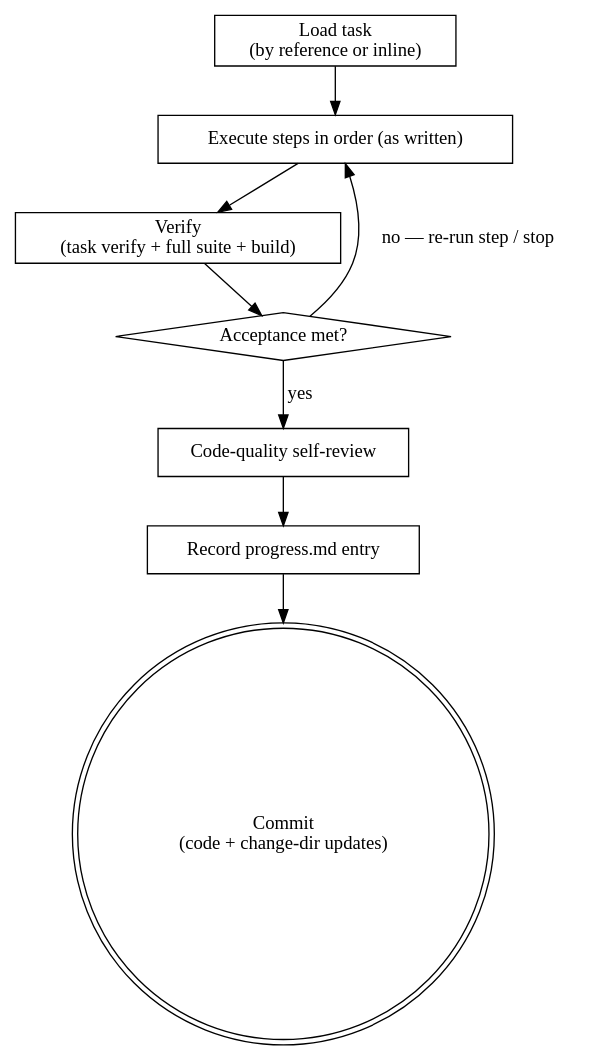
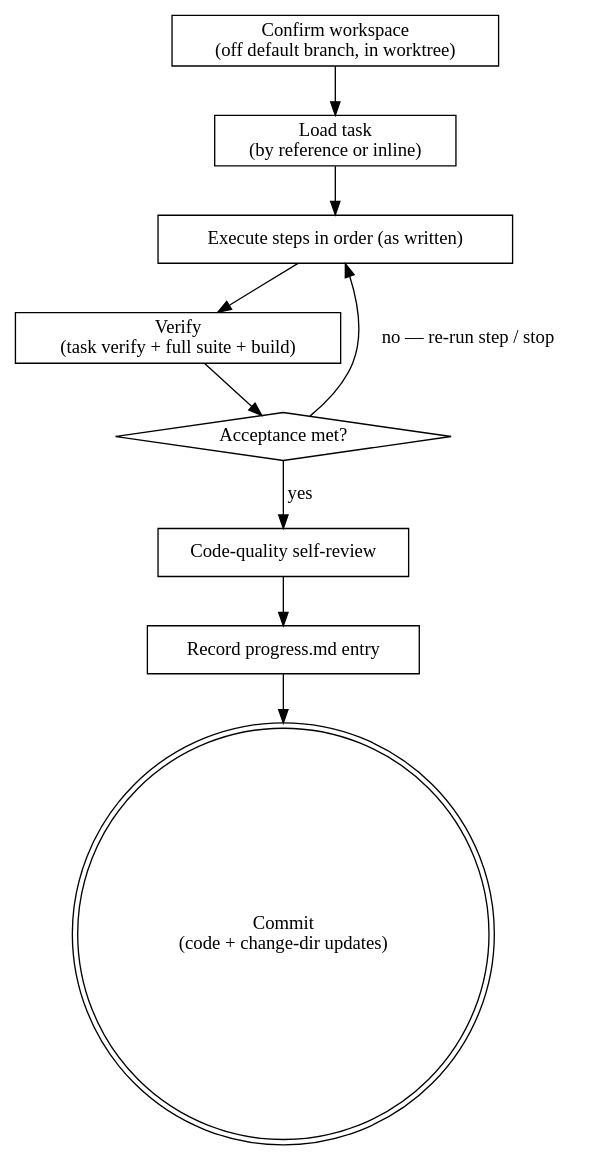
One commit to caiorcferreira/hamilton changed the diagram in skills/hamilton-code/SKILL.md. Above: the diagram before and after it, drawn with Graphviz. The commit also changed other lines of this file, not shown here.

First line of the commit message:
feat(code): confirm the workspace before implementing

````diff
--- a/skills/hamilton-code/SKILL.md
+++ b/skills/hamilton-code/SKILL.md
@@ -119,19 +122,21 @@
 ```dot
 digraph hamilton_code {
+    "Confirm workspace\n(off default branch, in worktree)" [shape=box];
     "Load task\n(by reference or inline)" [shape=box];
     "Execute steps in order (as written)" [shape=box];
     "Verify\n(task verify + full suite + build)" [shape=box];
     "Acceptance met?" [shape=diamond];
     "Code-quality self-review" [shape=box];
     "Record progress.md entry" [shape=box];
     "Commit\n(code + change-dir updates)" [shape=doublecircle];
 
+    "Confirm workspace\n(off default branch, in worktree)" -> "Load task\n(by reference or inline)";
     "Load task\n(by reference or inline)" -> "Execute steps in order (as written)";
     "Execute steps in order (as written)" -> "Verify\n(task verify + full suite + build)";
     "Verify\n(task verify + full suite + build)" -> "Acceptance met?";
     "Acceptance met?" -> "Execute steps in order (as written)" [label="no — re-run step / stop"];
     "Acceptance met?" -> "Code-quality self-review" [label="yes"];
     "Code-quality self-review" -> "Record progress.md entry";
     "Record progress.md entry" -> "Commit\n(code + change-dir updates)";
 }
 ```
````
